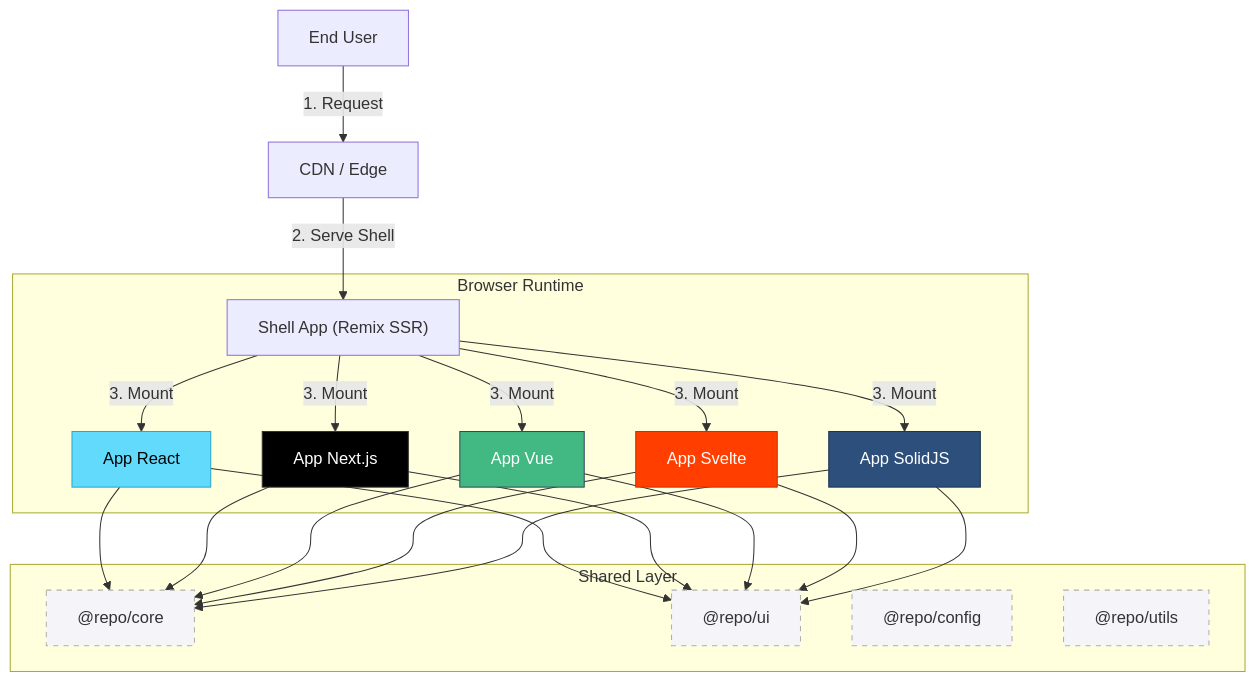
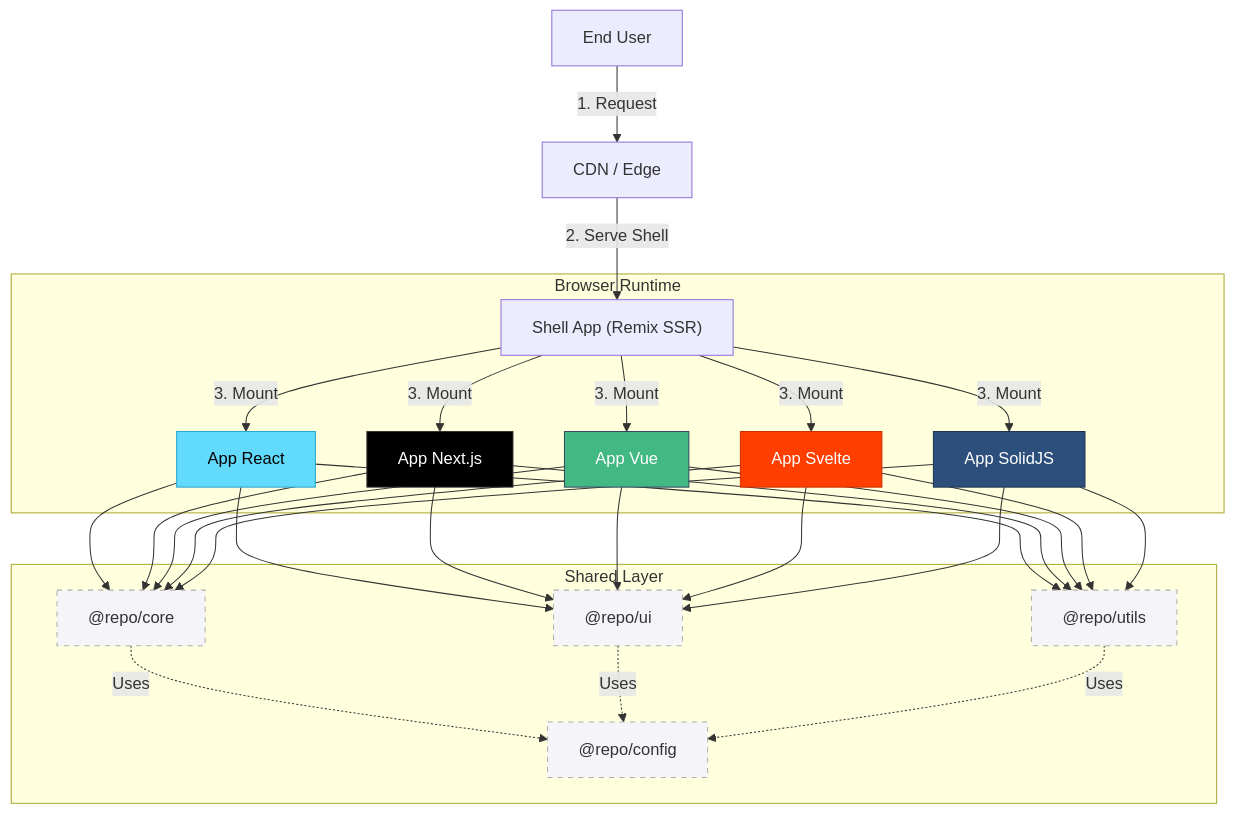
Before and after one commit to tian972k/micro-fontend-base: the first of 5 diagrams in docs/ARCHITECTURE.md, drawn with Mermaid. The commit also changed other lines of this file, not shown here.

````diff
--- a/docs/ARCHITECTURE.md
+++ b/docs/ARCHITECTURE.md
@@ -26,33 +27,37 @@
 ```mermaid
 flowchart TD
     User["End User"] -->|1. Request| CDN["CDN / Edge"]
     CDN -->|2. Serve Shell| Shell["Shell App (Remix SSR)"]
 
     subgraph "Browser Runtime"
         Shell -->|3. Mount| React["App React"]:::react
         Shell -->|3. Mount| Next["App Next.js"]:::next
         Shell -->|3. Mount| Vue["App Vue"]:::vue
         Shell -->|3. Mount| Svelte["App Svelte"]:::svelte
         Shell -->|3. Mount| Solid["App SolidJS"]:::solid
     end
 
     subgraph "Shared Layer"
         Core["@repo/core"]:::shared
         UI["@repo/ui"]:::shared
         Config["@repo/config"]:::shared
         Utils["@repo/utils"]:::shared
     end
 
-    React --> Core & UI
-    Next --> Core & UI
-    Vue --> Core & UI
-    Svelte --> Core & UI
-    Solid --> Core & UI
+    React --> Core & UI & Utils
+    Next --> Core & UI & Utils
+    Vue --> Core & UI & Utils
+    Svelte --> Core & UI & Utils
+    Solid --> Core & UI & Utils
+
+    Core -.->|Uses| Config
+    UI -.->|Uses| Config
+    Utils -.->|Uses| Config
 
     classDef react fill:#61dafb,color:#000,stroke:#2da6cc
     classDef next fill:#000000,color:#fff,stroke:#333
     classDef vue fill:#42b883,color:#fff,stroke:#35495e
     classDef svelte fill:#ff3e00,color:#fff,stroke:#cc3200
     classDef solid fill:#2c4f7c,color:#fff,stroke:#1e3552
     classDef shared fill:#f5f5f9,color:#333,stroke:#aeaeae,stroke-dasharray: 5 5
 ```
````
